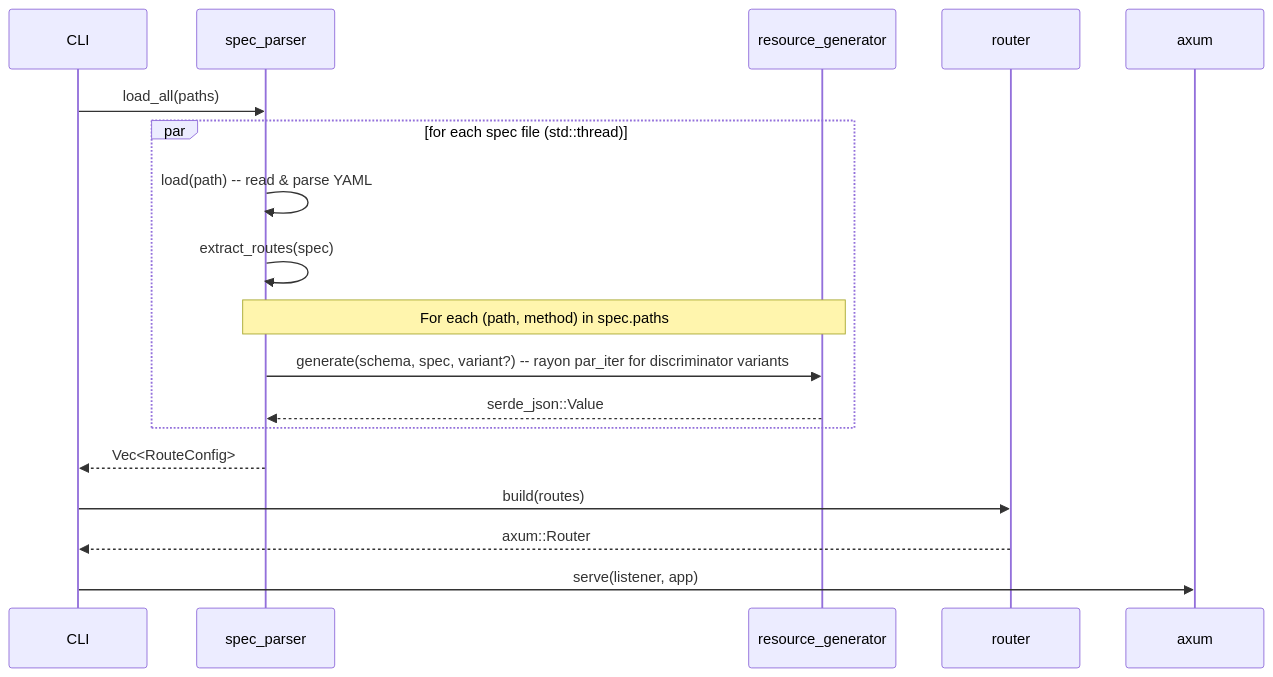
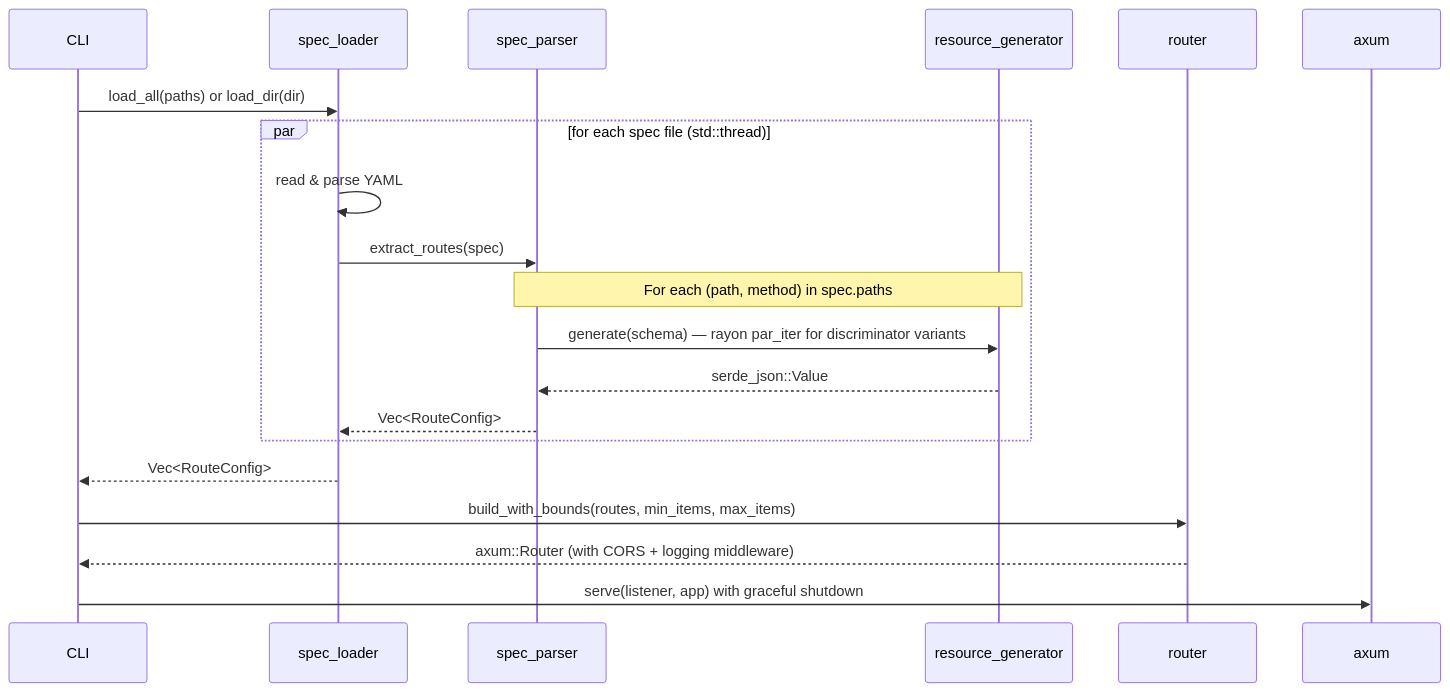
The first of 3 diagrams in docs/architecture.md (beavuck/hermit), drawn with Mermaid before and after one commit. The commit also changed other lines of this file and 16 other files, not shown here.

````diff
--- a/docs/architecture.md
+++ b/docs/architecture.md
@@ -24,20 +29,22 @@
 ```mermaid
 sequenceDiagram
     participant CLI
+    participant spec_loader
     participant spec_parser
     participant resource_generator
     participant router
     participant axum
-    CLI ->> spec_parser: load_all(paths)
+    CLI ->> spec_loader: load_all(paths) or load_dir(dir)
     par for each spec file (std::thread)
-        spec_parser ->> spec_parser: load(path) -- read & parse YAML
-        spec_parser ->> spec_parser: extract_routes(spec)
+        spec_loader ->> spec_loader: read & parse YAML
+        spec_loader ->> spec_parser: extract_routes(spec)
         note over spec_parser, resource_generator: For each (path, method) in spec.paths
-        spec_parser ->> resource_generator: generate(schema, spec, variant?) -- rayon par_iter for discriminator variants
+        spec_parser ->> resource_generator: generate(schema) — rayon par_iter for discriminator variants
         resource_generator -->> spec_parser: serde_json::Value
+        spec_parser -->> spec_loader: Vec<RouteConfig>
     end
-    spec_parser -->> CLI: Vec<RouteConfig>
-    CLI ->> router: build(routes)
-    router -->> CLI: axum::Router
-    CLI ->> axum: serve(listener, app)
+    spec_loader -->> CLI: Vec<RouteConfig>
+    CLI ->> router: build_with_bounds(routes, min_items, max_items)
+    router -->> CLI: axum::Router (with CORS + logging middleware)
+    CLI ->> axum: serve(listener, app) with graceful shutdown
 ```
````
